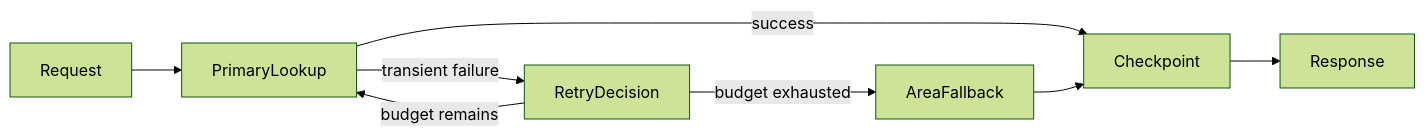
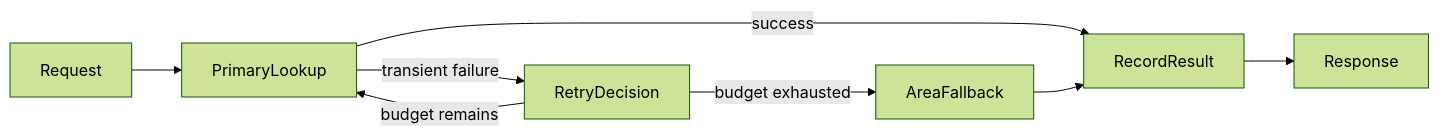
Before and after one commit to cedricmendelin/Agentic-Design-Patterns-MAF: the diagram in dotnet/src/Chapter12.ExceptionHandling/README.md, drawn with Mermaid (forest theme). The commit also changed other lines of this file and 262 other files, not shown here.

````diff
--- a/dotnet/src/Chapter12.ExceptionHandling/README.md
+++ b/dotnet/src/Chapter12.ExceptionHandling/README.md
@@ -9,10 +9,10 @@
 ```mermaid
 flowchart LR
     Request --> PrimaryLookup
-    PrimaryLookup -->|success| Checkpoint
+    PrimaryLookup -->|success| RecordResult
     PrimaryLookup -->|transient failure| RetryDecision
     RetryDecision -->|budget remains| PrimaryLookup
     RetryDecision -->|budget exhausted| AreaFallback
-    AreaFallback --> Checkpoint
-    Checkpoint --> Response
+    AreaFallback --> RecordResult
+    RecordResult --> Response
 ```
````
